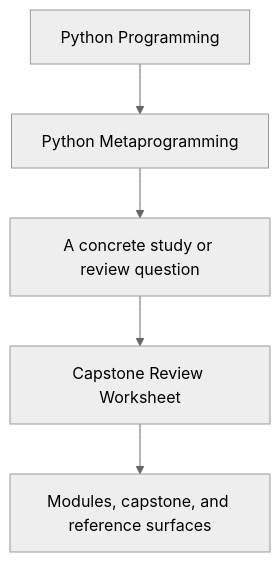
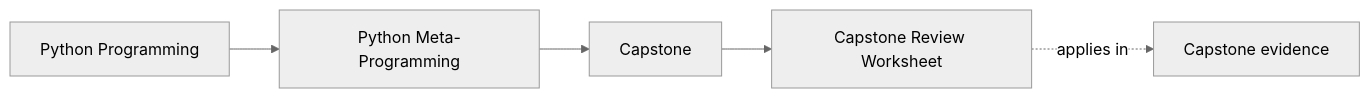
The first of 2 diagrams in programs/python-programming/python-meta-programming/course-book/capstone/capstone-review-worksheet.md (bijux/bijux-masterclass), drawn with Mermaid (neutral theme) before and after one commit. The commit also changed other lines of this file and 91 other files, not shown here.

Commit message:
docs(python-meta-programming): map advanced runtime and capstone surfaces

````diff
--- a/programs/python-programming/python-meta-programming/course-book/capstone/capstone-review-worksheet.md
+++ b/programs/python-programming/python-meta-programming/course-book/capstone/capstone-review-worksheet.md
@@ -6,7 +6,11 @@
 ```mermaid
-flowchart TD
-  family["Python Programming"] --> program["Python Metaprogramming"]
-  program --> pressure["A concrete study or review question"]
-  pressure --> guide["Capstone Review Worksheet"]
-  guide --> next["Modules, capstone, and reference surfaces"]
+graph LR
+  family["Python Programming"]
+  program["Python Meta-Programming"]
+  section["Capstone"]
+  page["Capstone Review Worksheet"]
+  capstone["Capstone evidence"]
+
+  family --> program --> section --> page
+  page -.applies in.-> capstone
 ```
````
